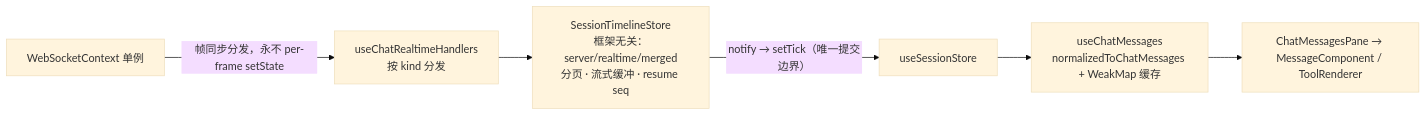
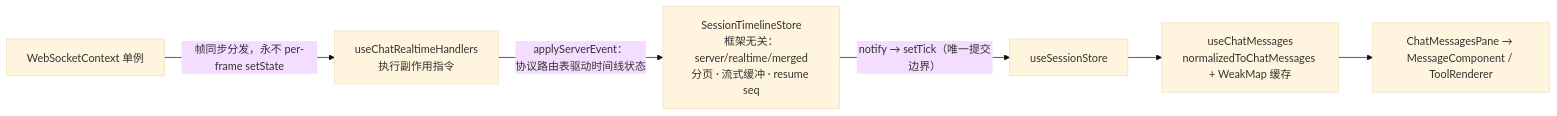
The diagram in docs/core/chat.md (iazrael/cloudcli), drawn with Mermaid (base theme) before and after one commit. The commit also changed other lines of this file and 6 other files, not shown here.

````diff
--- a/docs/core/chat.md
+++ b/docs/core/chat.md
@@ -39,8 +39,8 @@
 ```mermaid
 flowchart LR
-  WS["WebSocketContext 单例"] -->|"帧同步分发，永不 per-frame setState"| H["useChatRealtimeHandlers<br/>按 kind 分发"]
-  H --> S["SessionTimelineStore<br/>框架无关：server/realtime/merged<br/>分页 · 流式缓冲 · resume seq"]
+  WS["WebSocketContext 单例"] -->|"帧同步分发，永不 per-frame setState"| H["useChatRealtimeHandlers<br/>执行副作用指令"]
+  H -->|"applyServerEvent：<br/>协议路由表驱动时间线状态"| S["SessionTimelineStore<br/>框架无关：server/realtime/merged<br/>分页 · 流式缓冲 · resume seq"]
   S -->|"notify → setTick（唯一提交边界）"| A["useSessionStore"]
   A --> N["useChatMessages<br/>normalizedToChatMessages + WeakMap 缓存"]
   N --> V["ChatMessagesPane → MessageComponent / ToolRenderer"]
 ```
````
